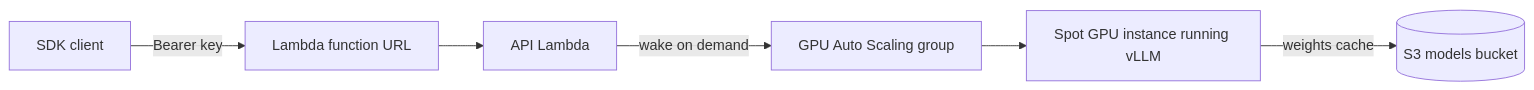
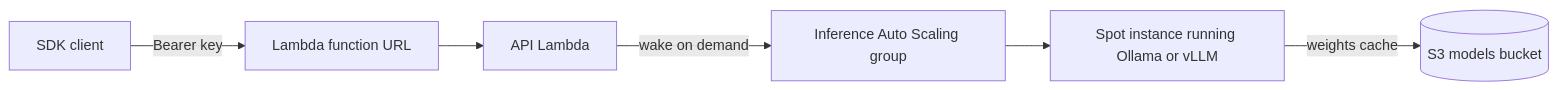
One commit to itsmehul/sdk-test changed the diagram in README.md. Above: the diagram before and after it, drawn with Mermaid. The commit also changed other lines of this file and 11 other files, not shown here.

````diff
--- a/README.md
+++ b/README.md
@@ -97,8 +97,8 @@
 ```mermaid
 flowchart LR
   client[SDK client] -->|Bearer key| url[Lambda function URL]
   url --> lambda[API Lambda]
-  lambda -->|wake on demand| asg[GPU Auto Scaling group]
-  asg --> gpu[Spot GPU instance running vLLM]
+  lambda -->|wake on demand| asg[Inference Auto Scaling group]
+  asg --> gpu[Spot instance running Ollama or vLLM]
   gpu -->|weights cache| s3[(S3 models bucket)]
 ```
````
